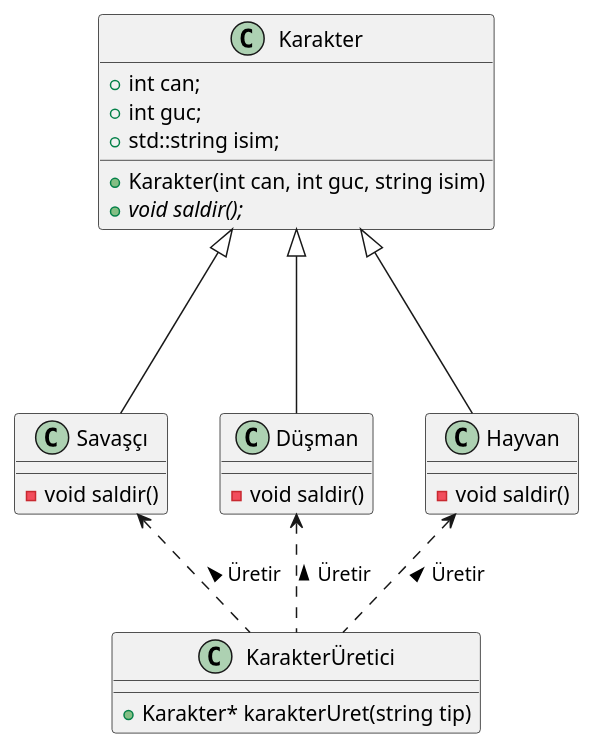
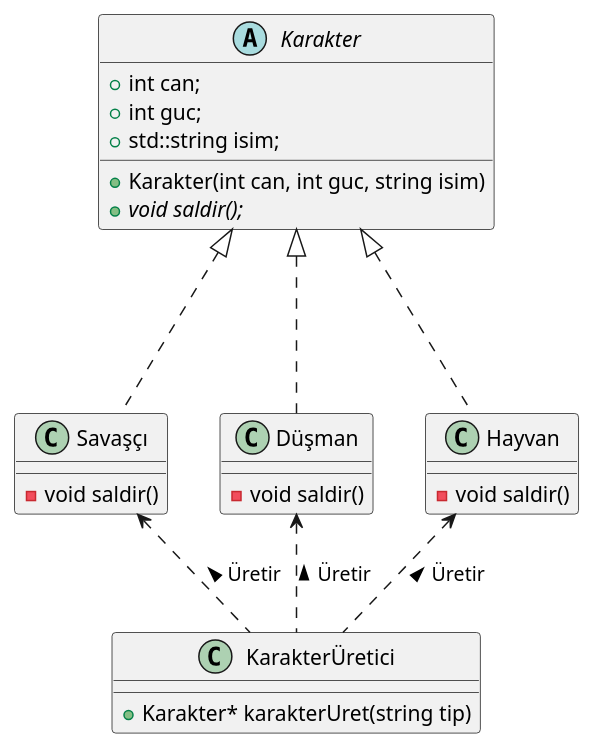
The diagram in Hafta-05/02-Factory/Factory.adoc (yapbenzet/Modern_Cpp), drawn with PlantUML before and after one commit. The commit also changed 1 other file, not shown here.

Commit message:
Hafta-05 eklendi

```diff
--- a/Hafta-05/02-Factory/Factory.adoc
+++ b/Hafta-05/02-Factory/Factory.adoc
@@ -117,35 +117,35 @@
 [plantuml, Factory, png]
 ----
-Class Karakter{
+Abstract Karakter{
     + int can;
     + int guc;
     + std::string isim;
     + Karakter(int can, int guc, string isim)
     + {abstract} void saldir();
 }
 
 Class Savaşçı{
     - void saldir()
 }
 
 Class Düşman{
     - void saldir()
 }
 
 Class Hayvan{
     - void saldir()
 }
 
 Class KarakterÜretici{
     + Karakter* karakterUret(string tip)
 }
 
-Karakter <|--- Savaşçı
-Karakter <|--- Düşman
-Karakter <|--- Hayvan
+Karakter <|... Savaşçı
+Karakter <|... Düşman
+Karakter <|... Hayvan
 
 Savaşçı <..  KarakterÜretici : Üretir <
 Düşman <..  KarakterÜretici : Üretir <
 Hayvan <..  KarakterÜretici : Üretir <
 
 ----
```
